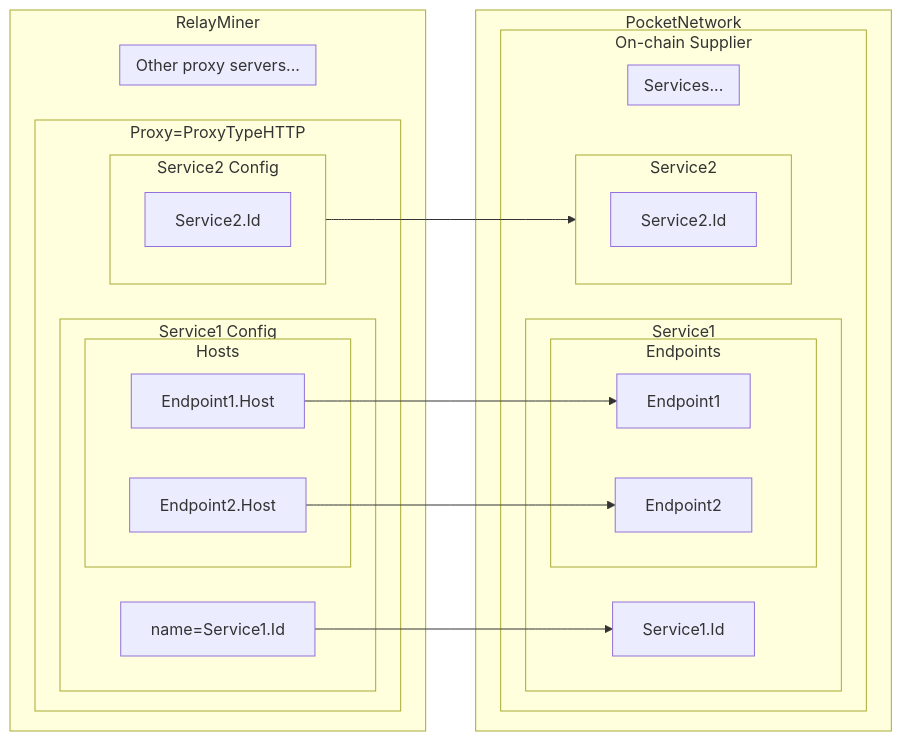
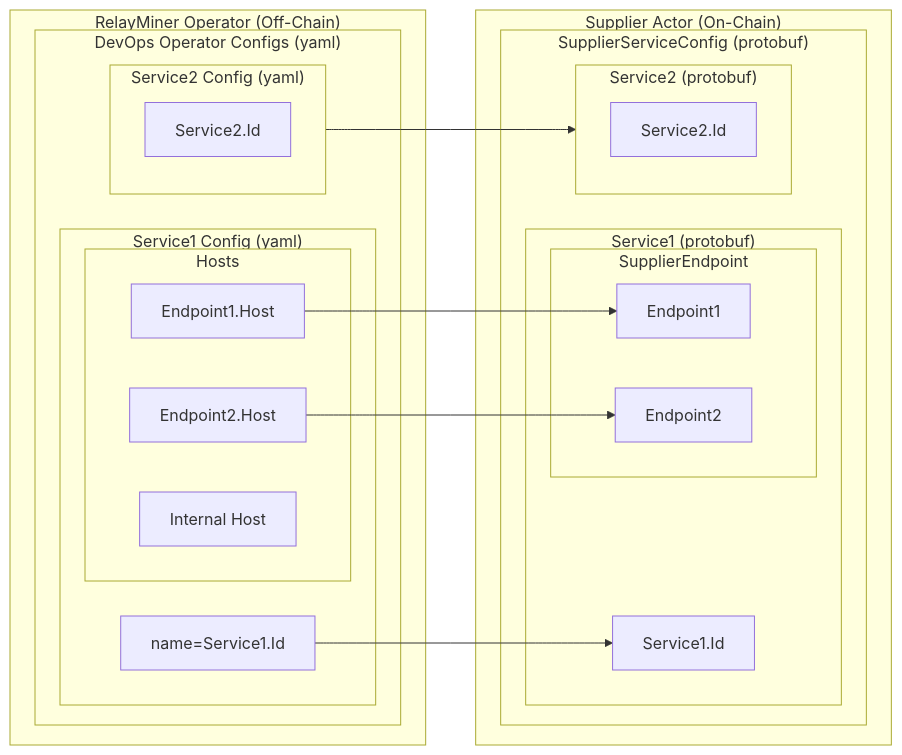
The diagram in docusaurus/docs/configs/relayminer_config.md (pokt-network/poktroll), drawn with Mermaid before and after one commit. The commit also changed other lines of this file, not shown here.

````diff
--- a/docusaurus/docs/configs/relayminer_config.md
+++ b/docusaurus/docs/configs/relayminer_config.md
@@ -291,37 +298,36 @@
 ```mermaid
 flowchart LR
-  subgraph PocketNetwork
-    subgraph Supplier[On-chain Supplier]
-      subgraph Svc1[Service1]
-        SId1[Service1.Id]
-        subgraph Endpoints
-          EP1[Endpoint1]
-          EP2[Endpoint2]
-        end
-      end
-      subgraph Svc2[Service2]
-        SId2[Service2.Id]
-      end
-      subgraph Svcs[Services...]
+
+subgraph "Supplier Actor (On-Chain)"
+  subgraph "SupplierServiceConfig (protobuf)"
+    subgraph svc1["Service1 (protobuf)"]
+      svc1Id[Service1.Id]
+      subgraph SupplierEndpoint
+        EP1[Endpoint1]
+        EP2[Endpoint2]
       end
     end
+    subgraph svc2 ["Service2 (protobuf)"]
+      svc2Id[Service2.Id]
+    end
   end
+end
 
-  subgraph RelayMiner
-    subgraph HTTP[Proxy=ProxyTypeHTTP]
-      subgraph CSvc1[Service1 Config]
-        CSId1[name=Service1.Id]-->SId1
-        subgraph Hosts
-          H1[Endpoint1.Host]-->EP1
-          H2[Endpoint2.Host]-->EP2
-        end
-      end
-      subgraph CSvc2[Service2 Config]
-        CSId2[Service2.Id]
+subgraph "RelayMiner Operator (Off-Chain)"
+  subgraph "DevOps Operator Configs (yaml)"
+    subgraph svc1Config ["Service1 Config (yaml)"]
+      svc1IdConfig[name=Service1.Id]-->svc1Id
+      subgraph Hosts
+        H1[Endpoint1.Host]-->EP1
+        H2[Endpoint2.Host]-->EP2
+        H3[Internal Host]
       end
     end
-    subgraph Proxies[Other proxy servers...]
+    subgraph svc2Config ["Service2 Config (yaml)"]
+      svc2IdConfig[Service2.Id]
     end
   end
-  CSvc2-->Svc2
+end
+
+svc2Config-->svc2
 ```
````
